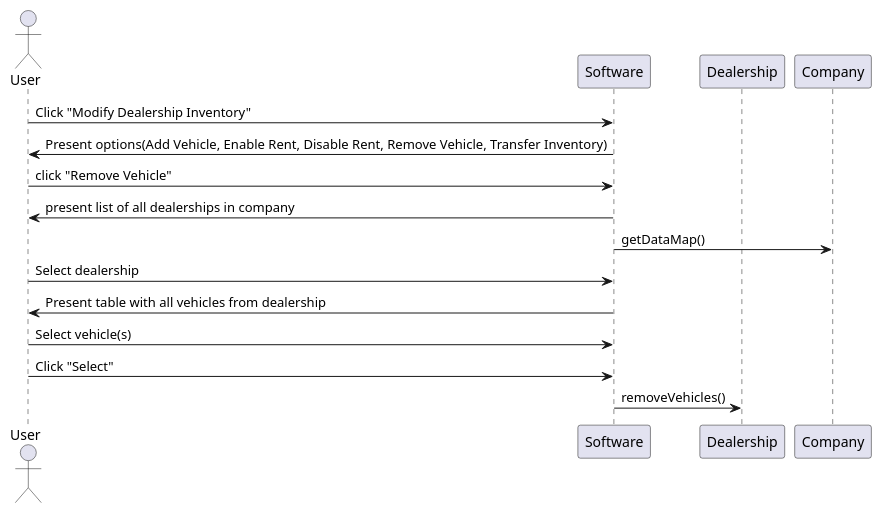
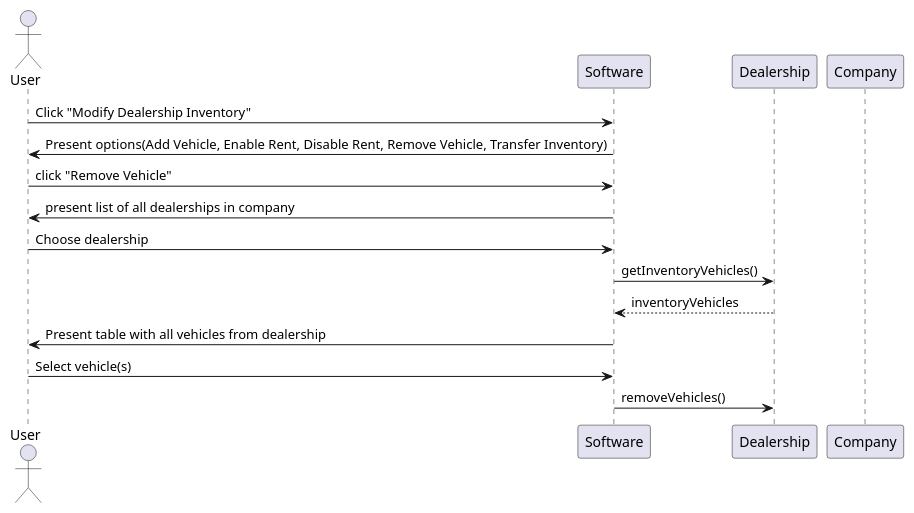
The diagram in UMLdiagrams/RemoveVehicleSequenceDiagram.puml (masonday1/DealershipProject), drawn with PlantUML before and after one commit. The commit also changed 6 other files, not shown here.

Commit message:
Updated sequence diagrams and requirements. They still need to be worked on.

```diff
--- a/UMLdiagrams/RemoveVehicleSequenceDiagram.puml
+++ b/UMLdiagrams/RemoveVehicleSequenceDiagram.puml
@@ -1,23 +1,24 @@
 @startuml
 
 actor User
 participant "Software" as Software
 participant "Dealership" as Dealership
 participant "Company" as Company
+
 User -> Software: Click "Modify Dealership Inventory"
 Software -> User: Present options(Add Vehicle, Enable Rent, Disable Rent, Remove Vehicle, Transfer Inventory)
 User -> Software: click "Remove Vehicle"
 
 Software -> User: present list of all dealerships in company
-Software -> Company: getDataMap()
+User -> Software: Choose dealership
+Software -> Dealership: getInventoryVehicles()
+Dealership --> Software: inventoryVehicles
 
-User -> Software: Select dealership
 Software -> User: Present table with all vehicles from dealership
 User -> Software: Select vehicle(s)
-User -> Software: Click "Select"
 
 Software -> Dealership: removeVehicles()
 
 
 
 @enduml
```
